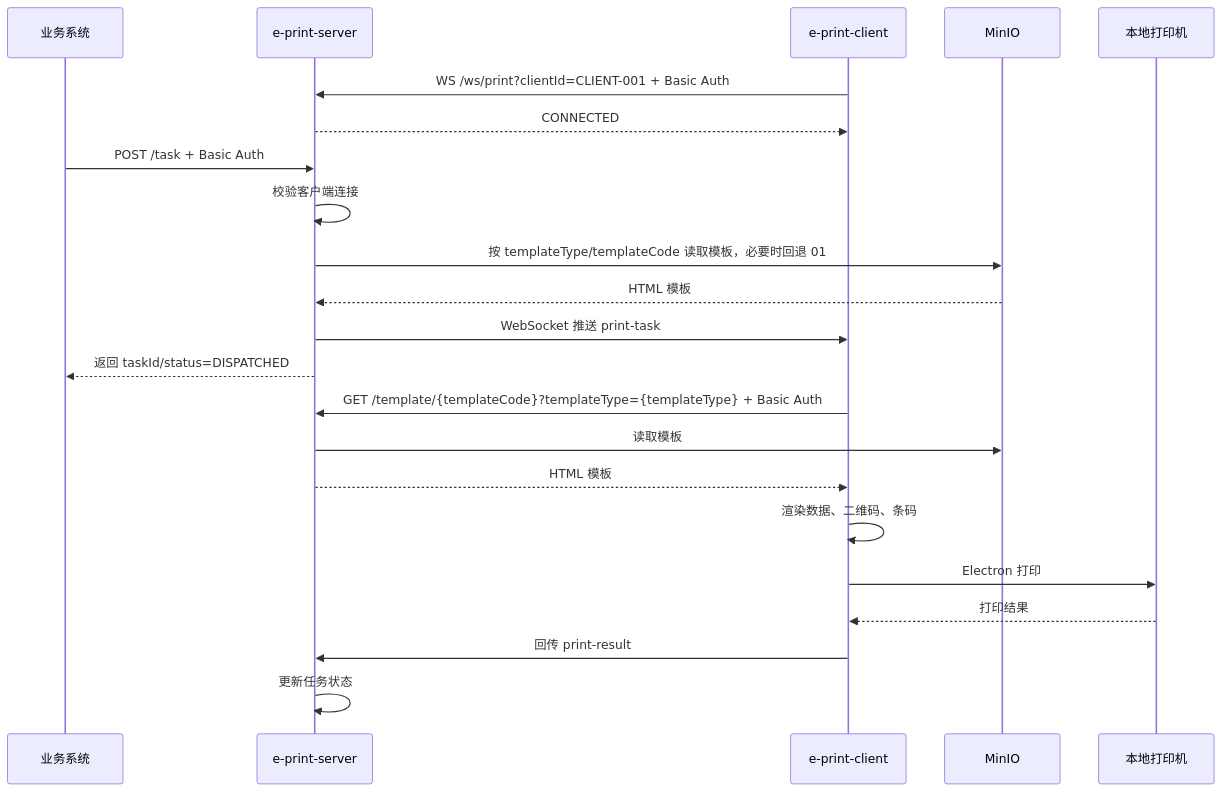
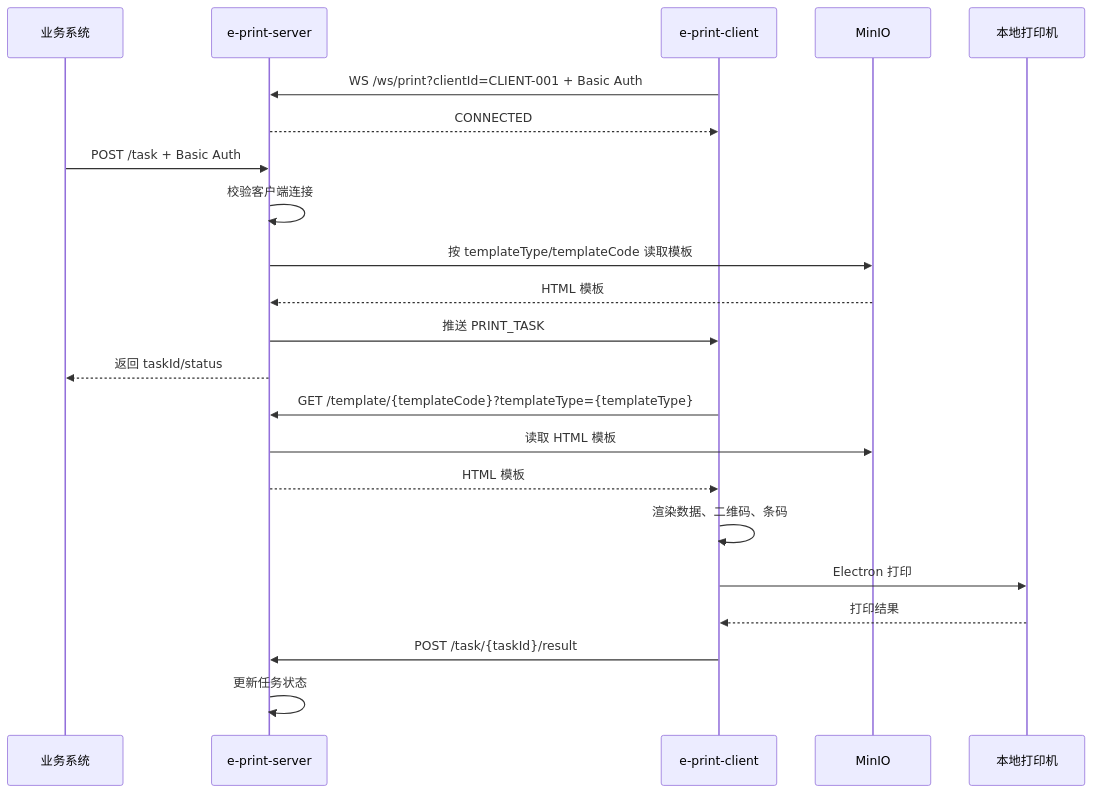
Before and after one commit to RicoFung/e-print: the diagram in README.md, drawn with Mermaid. The commit also changed other lines of this file and 3 other files, not shown here.

````diff
--- a/README.md
+++ b/README.md
@@ -177,27 +41,27 @@
 ```mermaid
 sequenceDiagram
     participant Biz as 业务系统
     participant Server as e-print-server
     participant Client as e-print-client
     participant MinIO as MinIO
     participant Printer as 本地打印机
 
     Client->>Server: WS /ws/print?clientId=CLIENT-001 + Basic Auth
     Server-->>Client: CONNECTED
 
     Biz->>Server: POST /task + Basic Auth
     Server->>Server: 校验客户端连接
-    Server->>MinIO: 按 templateType/templateCode 读取模板，必要时回退 01
+    Server->>MinIO: 按 templateType/templateCode 读取模板
     MinIO-->>Server: HTML 模板
-    Server->>Client: WebSocket 推送 print-task
-    Server-->>Biz: 返回 taskId/status=DISPATCHED
+    Server->>Client: 推送 PRINT_TASK
+    Server-->>Biz: 返回 taskId/status
 
-    Client->>Server: GET /template/{templateCode}?templateType={templateType} + Basic Auth
-    Server->>MinIO: 读取模板
+    Client->>Server: GET /template/{templateCode}?templateType={templateType}
+    Server->>MinIO: 读取 HTML 模板
     Server-->>Client: HTML 模板
     Client->>Client: 渲染数据、二维码、条码
     Client->>Printer: Electron 打印
     Printer-->>Client: 打印结果
-    Client->>Server: 回传 print-result
+    Client->>Server: POST /task/{taskId}/result
     Server->>Server: 更新任务状态
 ```
````
